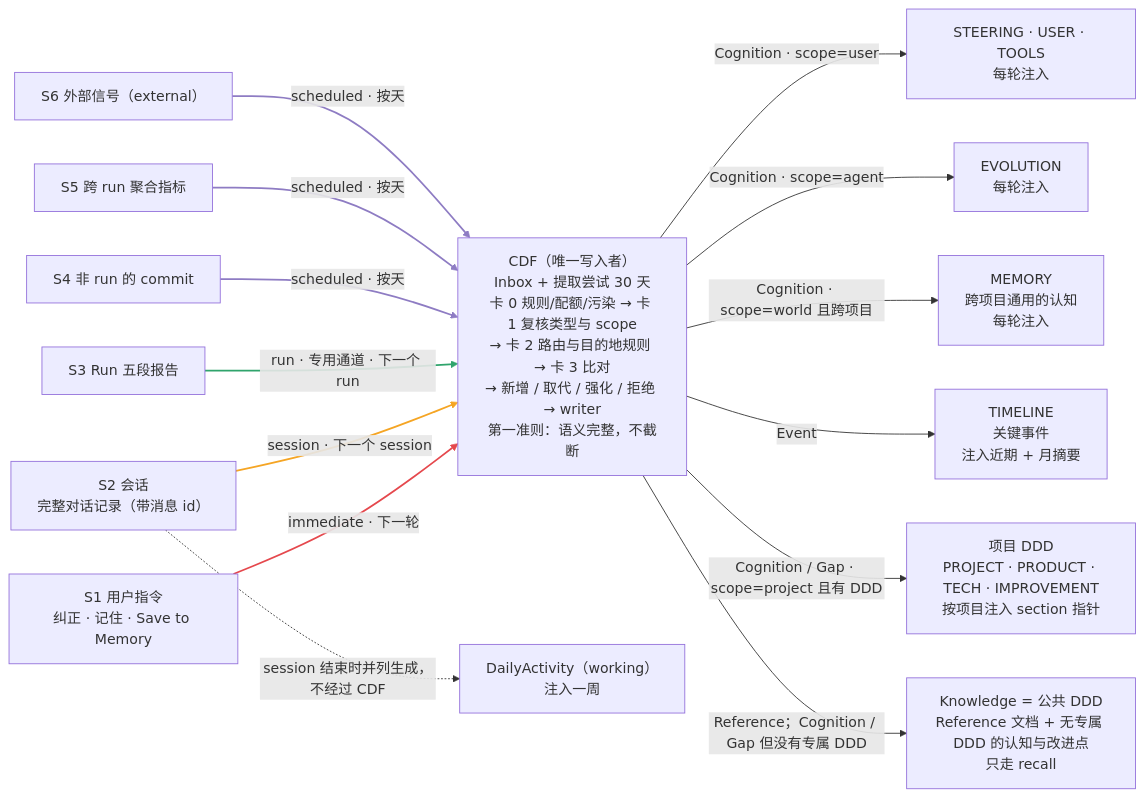
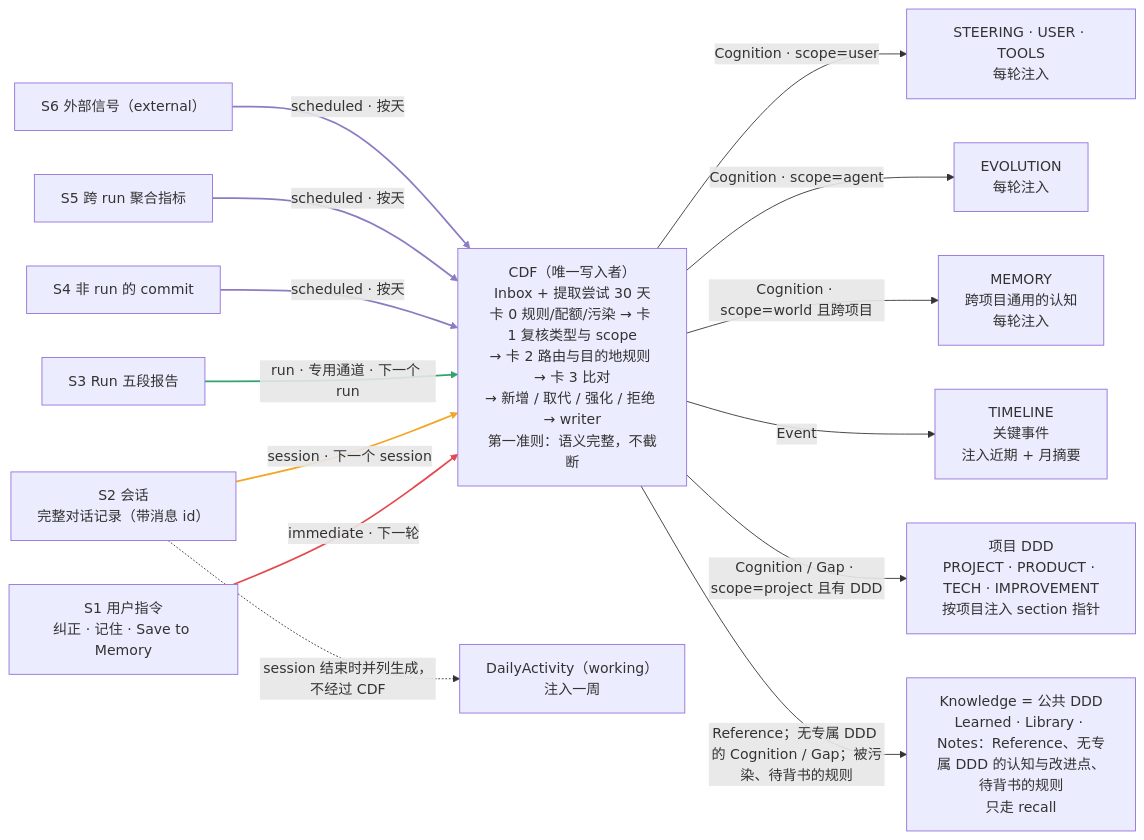
The second of 2 diagrams in docs/design/2026-10-26-swarm-cognitive-distillation-flow.md (xg-gh-25/SwarmAI), drawn with Mermaid before and after one commit. The commit also changed other lines of this file, not shown here.

Commit message:
docs(design): CDF r16.3 - rehearsal-gated one-shot cutover, user-endorsement upgrade with isolated entailment check, S1 hardening, sync stale sections

````diff
--- a/docs/design/2026-10-26-swarm-cognitive-distillation-flow.md
+++ b/docs/design/2026-10-26-swarm-cognitive-distillation-flow.md
@@ -552,40 +558,40 @@
 ```mermaid
 flowchart LR
   S1["S1 用户指令<br/>纠正 · 记住 · Save to Memory"]
   S2["S2 会话<br/>完整对话记录（带消息 id）"]
   S3["S3 Run 五段报告"]
   S4["S4 非 run 的 commit"]
   S5["S5 跨 run 聚合指标"]
   S6["S6 外部信号（external）"]
 
   CDF["CDF（唯一写入者）<br/>Inbox + 提取尝试 30 天<br/>卡 0 规则/配额/污染 → 卡 1 复核类型与 scope<br/>→ 卡 2 路由与目的地规则 → 卡 3 比对<br/>→ 新增 / 取代 / 强化 / 拒绝 → writer<br/>第一准则：语义完整，不截断"]
 
   CTX["STEERING · USER · TOOLS<br/>每轮注入"]
   EVO["EVOLUTION<br/>每轮注入"]
   MEM["MEMORY<br/>跨项目通用的认知<br/>每轮注入"]
   TL["TIMELINE<br/>关键事件<br/>注入近期 + 月摘要"]
   DDD["项目 DDD<br/>PROJECT · PRODUCT · TECH · IMPROVEMENT<br/>按项目注入 section 指针"]
-  KN["Knowledge = 公共 DDD<br/>Reference 文档 + 无专属 DDD 的认知与改进点<br/>只走 recall"]
+  KN["Knowledge = 公共 DDD<br/>Learned · Library · Notes：Reference、无专属 DDD 的认知与改进点、待背书的规则<br/>只走 recall"]
   DA["DailyActivity（working）<br/>注入一周"]
 
   S1 -->|"immediate · 下一轮"| CDF
   S2 -->|"session · 下一个 session"| CDF
   S3 -->|"run · 专用通道 · 下一个 run"| CDF
   S4 -->|"scheduled · 按天"| CDF
   S5 -->|"scheduled · 按天"| CDF
   S6 -->|"scheduled · 按天"| CDF
 
   CDF -->|"Cognition · scope=user"| CTX
   CDF -->|"Cognition · scope=agent"| EVO
   CDF -->|"Cognition · scope=world 且跨项目"| MEM
   CDF -->|Event| TL
   CDF -->|"Cognition / Gap · scope=project 且有 DDD"| DDD
-  CDF -->|"Reference；Cognition / Gap 但没有专属 DDD"| KN
+  CDF -->|"Reference；无专属 DDD 的 Cognition / Gap；被污染、待背书的规则"| KN
 
   S2 -.->|"session 结束时并列生成，不经过 CDF"| DA
 
   linkStyle 0 stroke:#e5484d,stroke-width:2px
   linkStyle 1 stroke:#f5a524,stroke-width:2px
   linkStyle 2 stroke:#30a46c,stroke-width:2px
   linkStyle 3,4,5 stroke:#8e7cc3,stroke-width:2px
 ```
````
